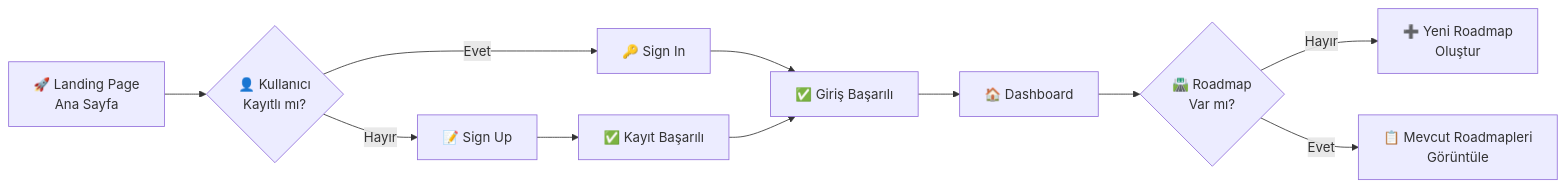
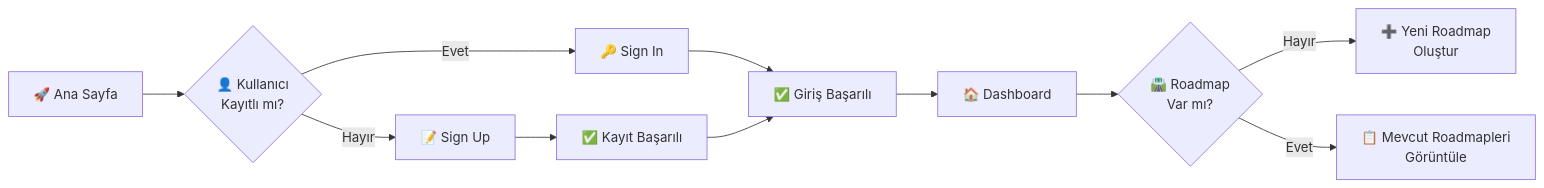
The diagram in README.md (tamerakdeniz/mermaid-test), drawn with Mermaid before and after one commit.

````diff
--- a/README.md
+++ b/README.md
@@ -1,18 +1,18 @@
 ```mermaid
 graph LR
-    A["🚀 Landing Page<br/>Ana Sayfa"] --> B{"👤 Kullanıcı<br/>Kayıtlı mı?"}
+    A["🚀 Ana Sayfa"] --> B{"👤 Kullanıcı<br/>Kayıtlı mı?"}
 
     B -->|"Hayır"| C["📝 Sign Up"]
     B -->|"Evet"| D["🔑 Sign In"]
 
     C --> E["✅ Kayıt Başarılı"]
     D --> F["✅ Giriş Başarılı"]
     E --> F
 
     F --> G["🏠 Dashboard"]
 
     G --> H{"🛣️ Roadmap<br/>Var mı?"}
 
     H -->|"Hayır"| I["➕ Yeni Roadmap<br/>Oluştur"]
     H -->|"Evet"| J["📋 Mevcut Roadmapleri<br/>Görüntüle"]
 ```
````
